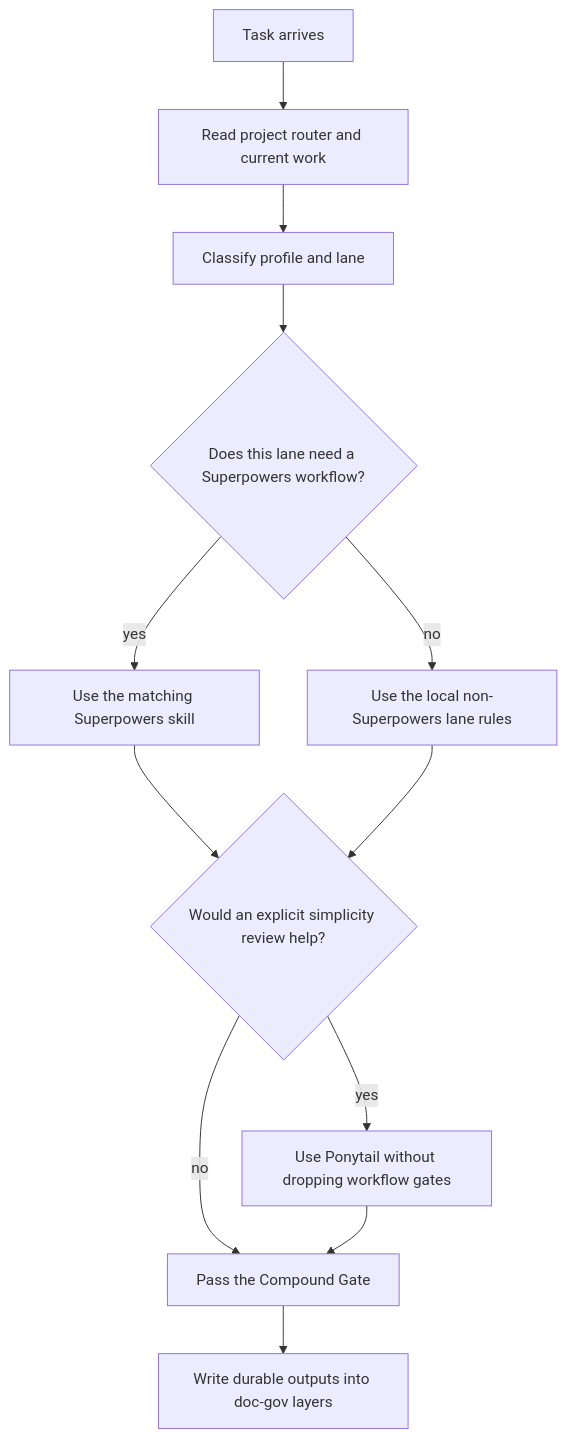
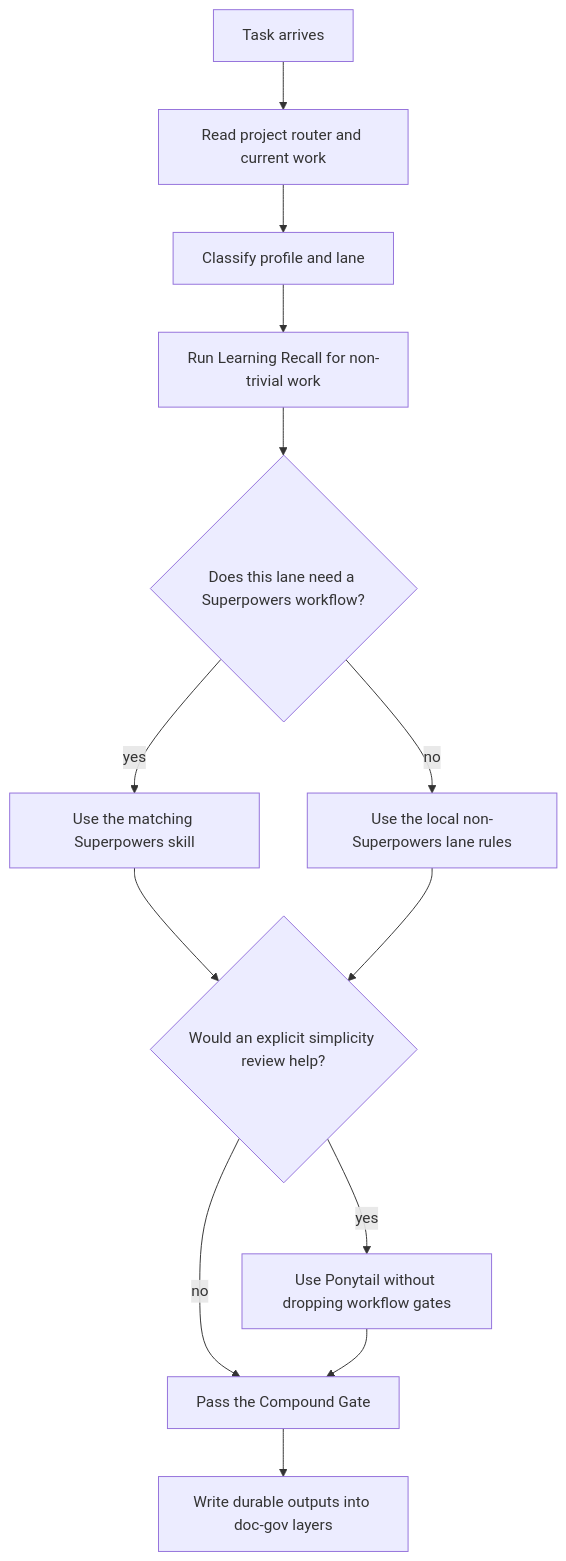
The diagram in integrations/superpowers.md (PieAIStudio/ProjectGovernanceSystem), drawn with Mermaid before and after one commit. The commit also changed other lines of this file and 25 other files, not shown here.

First line of the commit message:
feat(pro-gov): add learning recall

````diff
--- a/integrations/superpowers.md
+++ b/integrations/superpowers.md
@@ -68,14 +73,15 @@
 ```mermaid
 flowchart TD
   A["Task arrives"] --> B["Read project router and current work"]
   B --> C["Classify profile and lane"]
-  C --> D{"Does this lane need a Superpowers workflow?"}
+  C --> R["Run Learning Recall for non-trivial work"]
+  R --> D{"Does this lane need a Superpowers workflow?"}
   D -- "yes" --> E["Use the matching Superpowers skill"]
   D -- "no" --> F["Use the local non-Superpowers lane rules"]
   E --> G{"Would an explicit simplicity review help?"}
   F --> G
   G -- "yes" --> H["Use Ponytail without dropping workflow gates"]
   G -- "no" --> I["Pass the Compound Gate"]
   H --> I
   I --> J["Write durable outputs into doc-gov layers"]
 ```
````
